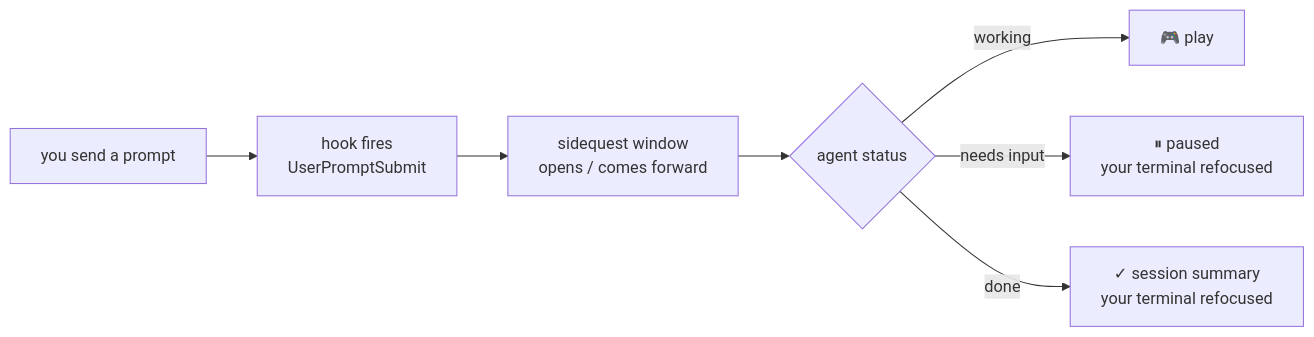
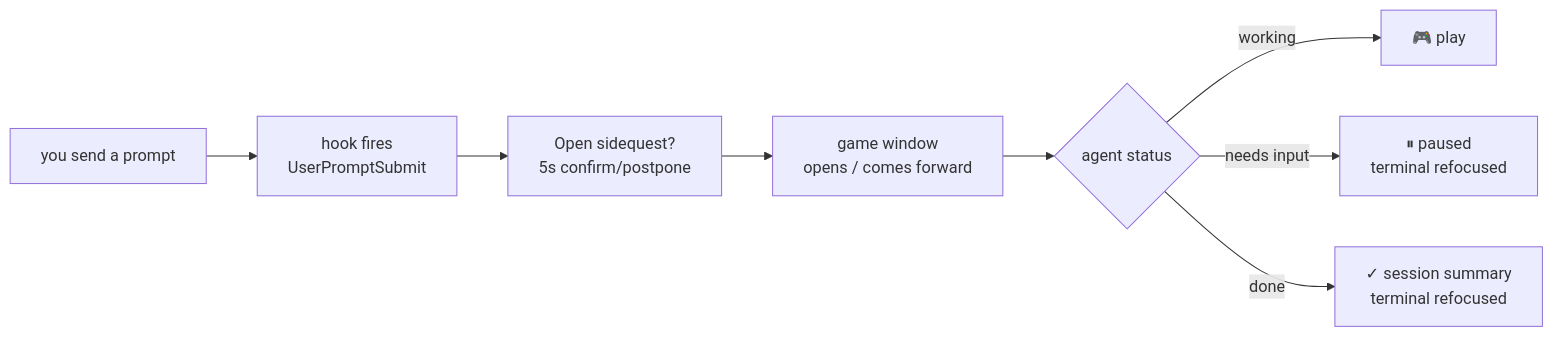
The diagram in README.md (azamoviich/sidequest), drawn with Mermaid before and after one commit. The commit also changed other lines of this file, not shown here.

````diff
--- a/README.md
+++ b/README.md
@@ -22,9 +22,10 @@
 ```mermaid
 flowchart LR
     A["you send a prompt"] --> B["hook fires\nUserPromptSubmit"]
-    B --> C["sidequest window\nopens / comes forward"]
-    C --> D{"agent status"}
-    D -->|working| E["🎮 play"]
-    D -->|needs input| F["⏸ paused\nyour terminal refocused"]
-    D -->|done| G["✓ session summary\nyour terminal refocused"]
+    B --> C["Open sidequest?\n5s confirm/postpone"]
+    C --> D["game window\nopens / comes forward"]
+    D --> E{"agent status"}
+    E -->|working| F["🎮 play"]
+    E -->|needs input| G["⏸ paused\nterminal refocused"]
+    E -->|done| H["✓ session summary\nterminal refocused"]
 ```
````
